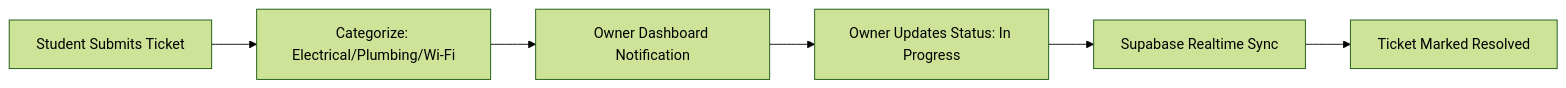
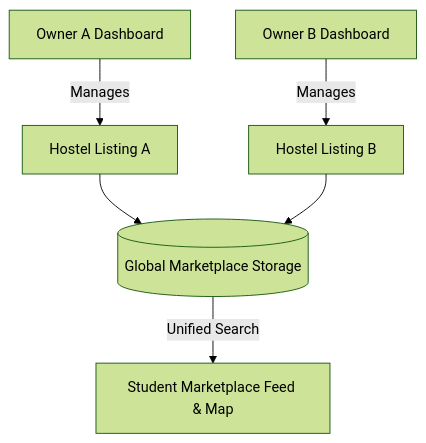
Before and after one commit to axhayco/HostelMate: the second of 3 diagrams in README.md, drawn with Mermaid (forest theme). The commit also changed other lines of this file, not shown here.

````diff
--- a/README.md
+++ b/README.md
@@ -99,8 +102,10 @@
 ```mermaid
-flowchart LR
-    StudentSubmit[Student Submits Ticket] --> CategoryTag[Categorize: Electrical/Plumbing/Wi-Fi]
-    CategoryTag --> OwnerNotify[Owner Dashboard Notification]
-    OwnerNotify --> UpdateStatus[Owner Updates Status: In Progress]
-    UpdateStatus --> RealtimeSync[Supabase Realtime Sync]
-    RealtimeSync --> Resolved[Ticket Marked Resolved]
+flowchart TD
+    OwnerA[Owner A Dashboard] -->|Manages| ListingA[Hostel Listing A]
+    OwnerB[Owner B Dashboard] -->|Manages| ListingB[Hostel Listing B]
+    
+    ListingA --> MarketplaceDB[(Global Marketplace Storage)]
+    ListingB --> MarketplaceDB
+    
+    MarketplaceDB -->|Unified Search| StudentView[Student Marketplace Feed & Map]
 ```
````
